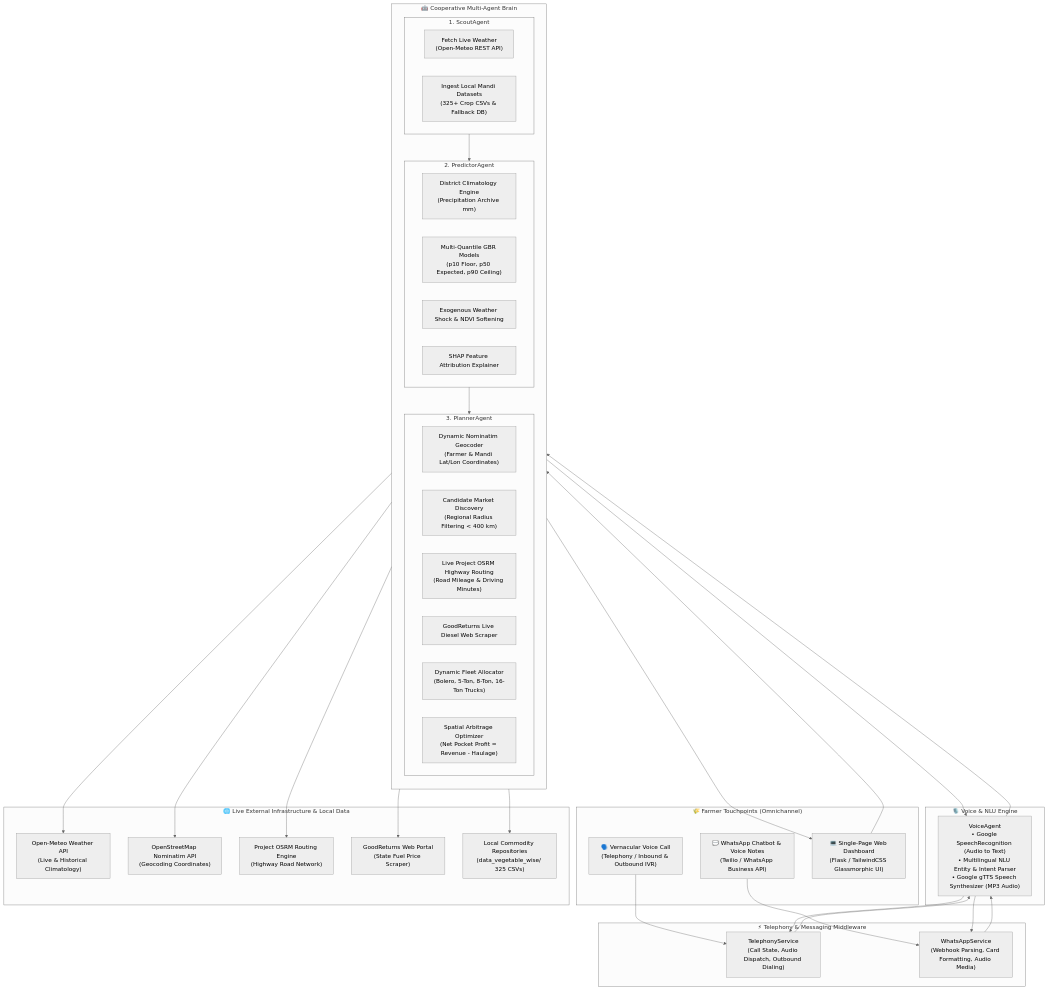
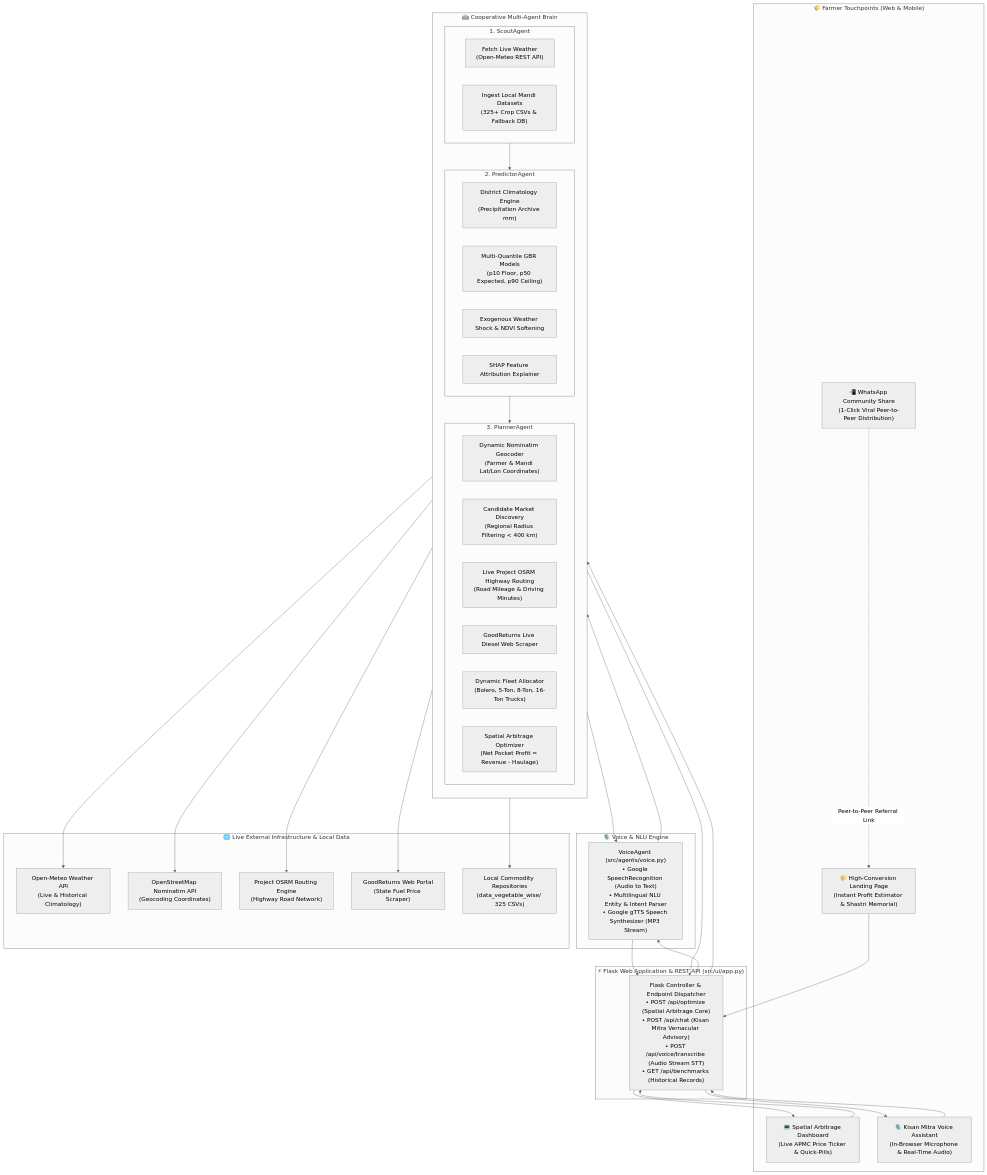
One commit to vedsongire/AI_SEM_5_PROJECT changed the first of 2 diagrams in README.md. Above: the diagram before and after it, drawn with Mermaid (neutral theme). The commit also changed other lines of this file and 1 other file, not shown here.

Commit message:
docs: remove Twilio telephony references from architecture diagrams and update to in-browser voice and web interface

````diff
--- a/README.md
+++ b/README.md
@@ -106,72 +107,76 @@
 ```mermaid
 flowchart TB
-    subgraph Farmer_Channels["🌾 Farmer Touchpoints (Omnichannel)"]
-        F1["🗣️ Vernacular Voice Call<br/>(Telephony / Inbound & Outbound IVR)"]
-        F2["💬 WhatsApp Chatbot & Voice Notes<br/>(Twilio / WhatsApp Business API)"]
-        F3["💻 Single-Page Web Dashboard<br/>(Flask / TailwindCSS Glassmorphic UI)"]
+    subgraph Farmer_Touchpoints["🌾 Farmer Touchpoints (Web & Mobile)"]
+        F1["💻 Spatial Arbitrage Dashboard<br/>(Live APMC Price Ticker & Quick-Pills)"]
+        F2["🌾 High-Conversion Landing Page<br/>(Instant Profit Estimator & Shastri Memorial)"]
+        F3["🎙️ Kisan Mitra Voice Assistant<br/>(In-Browser Microphone & Real-Time Audio)"]
+        F4["📲 WhatsApp Community Share<br/>(1-Click Viral Peer-to-Peer Distribution)"]
     end
 
-    subgraph Service_Layer["⚡ Telephony & Messaging Middleware"]
-        TEL["TelephonyService<br/>(Call State, Audio Dispatch, Outbound Dialing)"]
-        WA["WhatsAppService<br/>(Webhook Parsing, Card Formatting, Audio Media)"]
+    subgraph Web_Application_Layer["⚡ Flask Web Application & REST API (src/ui/app.py)"]
+        API["Flask Controller & Endpoint Dispatcher<br/>• POST /api/optimize (Spatial Arbitrage Core)<br/>• POST /api/chat (Kisan Mitra Vernacular Advisory)<br/>• POST /api/voice/transcribe (Audio Stream STT)<br/>• GET /api/benchmarks (Historical Records)"]
     end
 
     subgraph Voice_Layer["🎙️ Voice & NLU Engine"]
-        VA["VoiceAgent<br/>• Google SpeechRecognition (Audio to Text)<br/>• Multilingual NLU Entity & Intent Parser<br/>• Google gTTS Speech Synthesizer (MP3 Audio)"]
+        VA["VoiceAgent (src/agents/voice.py)<br/>• Google SpeechRecognition (Audio to Text)<br/>• Multilingual NLU Entity & Intent Parser<br/>• Google gTTS Speech Synthesizer (MP3 Stream)"]
     end
 
     subgraph Multi_Agent_Core["🤖 Cooperative Multi-Agent Brain"]
         direction TB
 
         subgraph Scout["1. ScoutAgent"]
             SC1["Fetch Live Weather<br/>(Open-Meteo REST API)"]
             SC2["Ingest Local Mandi Datasets<br/>(325+ Crop CSVs & Fallback DB)"]
         end
 
         subgraph Predictor["2. PredictorAgent"]
             PR1["District Climatology Engine<br/>(Precipitation Archive mm)"]
             PR2["Multi-Quantile GBR Models<br/>(p10 Floor, p50 Expected, p90 Ceiling)"]
             PR3["Exogenous Weather Shock & NDVI Softening"]
             PR4["SHAP Feature Attribution Explainer"]
         end
 
         subgraph Planner["3. PlannerAgent"]
             PL1["Dynamic Nominatim Geocoder<br/>(Farmer & Mandi Lat/Lon Coordinates)"]
             PL2["Candidate Market Discovery<br/>(Regional Radius Filtering < 400 km)"]
             PL3["Live Project OSRM Highway Routing<br/>(Road Mileage & Driving Minutes)"]
             PL4["GoodReturns Live Diesel Web Scraper"]
             PL5["Dynamic Fleet Allocator<br/>(Bolero, 5-Ton, 8-Ton, 16-Ton Trucks)"]
             PL6["Spatial Arbitrage Optimizer<br/>(Net Pocket Profit = Revenue - Haulage)"]
         end
     end
 
     subgraph Live_Data_Sources["🌐 Live External Infrastructure & Local Data"]
         METEO["Open-Meteo Weather API<br/>(Live & Historical Climatology)"]
         NOM["OpenStreetMap Nominatim API<br/>(Geocoding Coordinates)"]
         OSRM["Project OSRM Routing Engine<br/>(Highway Road Network)"]
         DIESEL["GoodReturns Web Portal<br/>(State Fuel Price Scraper)"]
         DATA["Local Commodity Repositories<br/>(data_vegetable_wise/ 325 CSVs)"]
     end
 
-    %% Wiring
-    F1 --> TEL
-    F2 --> WA
-    TEL --> VA
-    WA --> VA
-    F3 --> Multi_Agent_Core
+    %% Flow Wiring
+    F1 --> API
+    F2 --> API
+    F3 --> API
+    F4 -.->|Peer-to-Peer Referral Link| F2
 
-    VA --> Scout
+    API --> VA
+    API --> Multi_Agent_Core
+
+    VA --> Multi_Agent_Core
+    Multi_Agent_Core --> VA
+    VA --> API
+
     Scout --> METEO
     Scout --> DATA
 
     Scout --> Predictor
     Predictor --> Planner
     Planner --> NOM
     Planner --> OSRM
     Planner --> DIESEL
 
-    Planner --> VA
-    VA --> TEL
-    VA --> WA
-    Planner --> F3
+    Multi_Agent_Core --> API
+    API --> F1
+    API --> F3
 ```
````
